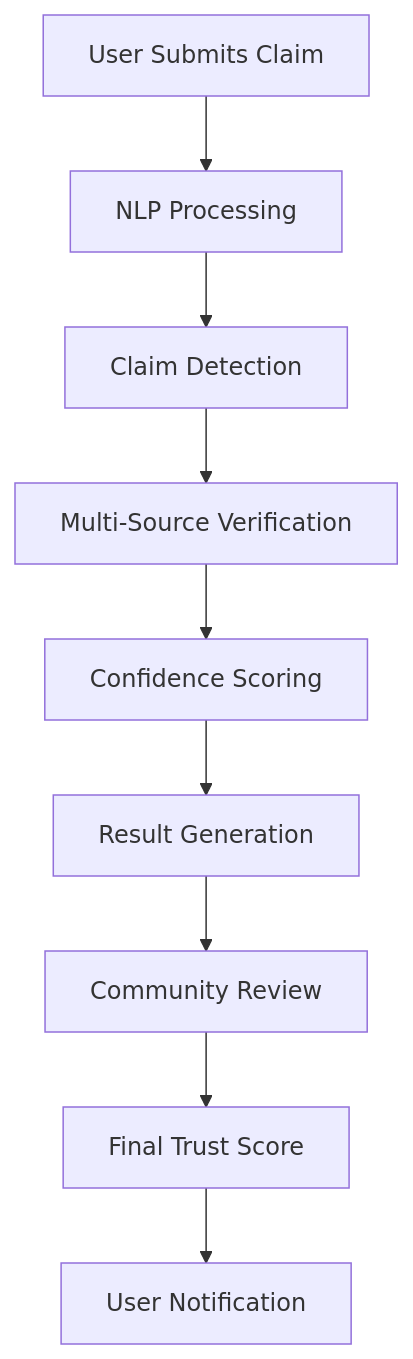
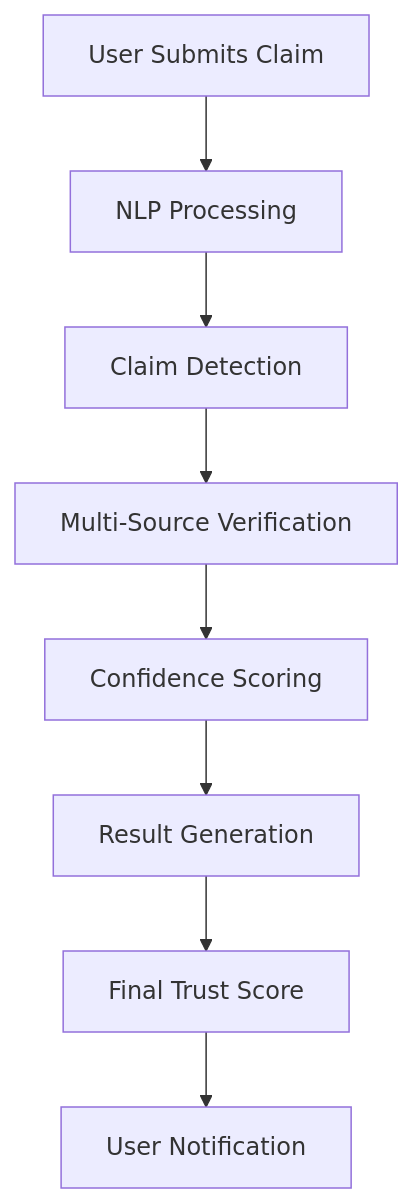
The third of 3 diagrams in README.md (Jdsb06/Lassi-Lovers), drawn with Mermaid before and after one commit. The commit also changed other lines of this file, not shown here.

````diff
--- a/README.md
+++ b/README.md
@@ -451,11 +444,10 @@
 ```mermaid
 graph TD
     A[User Submits Claim] --> B[NLP Processing]
     B --> C[Claim Detection]
     C --> D[Multi-Source Verification]
     D --> E[Confidence Scoring]
     E --> F[Result Generation]
-    F --> G[Community Review]
-    G --> H[Final Trust Score]
-    H --> I[User Notification]
+    F --> G[Final Trust Score]
+    G --> H[User Notification]
 ```
````
